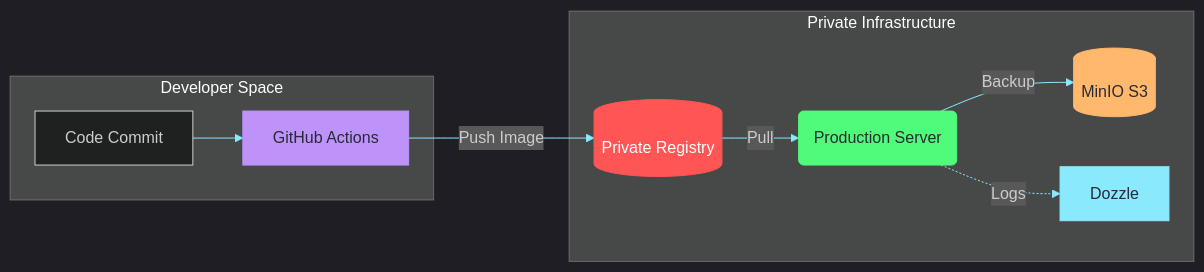
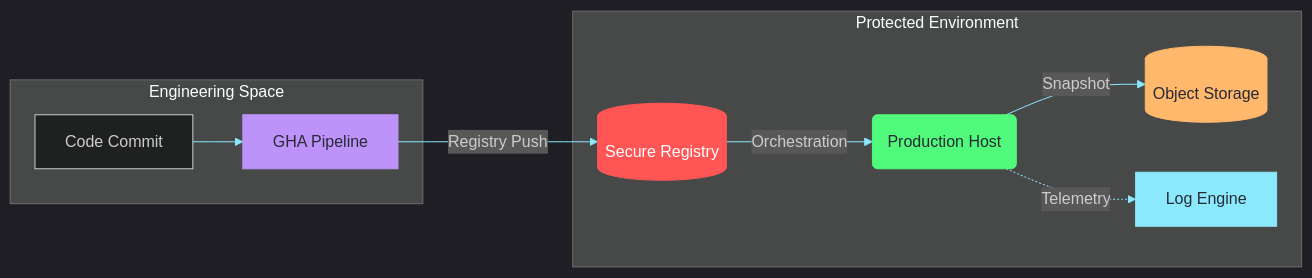
The second of 2 diagrams in slides.md (vinayaktyagi10/pbl_project), drawn with Mermaid before and after one commit. The commit also changed other lines of this file and 1 other file, not shown here.

````diff
--- a/slides.md
+++ b/slides.md
@@ -145,20 +145,20 @@
 ```mermaid
 %%{init: {'theme': 'dark', 'themeVariables': { 'primaryColor': '#bd93f9', 'lineColor': '#8be9fd', 'secondaryColor': '#50fa7b', 'tertiaryColor': '#ff79c6'}}}%%
 graph LR
-    subgraph Dev [Developer Space]
-    A[Code Commit] --> B[GitHub Actions]
+    subgraph Dev [Engineering Space]
+    A[Code Commit] --> B[GHA Pipeline]
     end
 
-    subgraph Infra [Private Infrastructure]
-    B -->|Push Image| C[(Private Registry)]
-    C -->|Pull| D(Production Server)
-    D -->|Backup| E[(MinIO S3)]
-    D -.->|Logs| F[Dozzle]
+    subgraph Infra [Protected Environment]
+    B -->|Registry Push| C[(Secure Registry)]
+    C -->|Orchestration| D(Production Host)
+    D -->|Snapshot| E[(Object Storage)]
+    D -.->|Telemetry| F[Log Engine]
     end
 
     style B fill:#bd93f9,color:#282a36,stroke:#bd93f9
     style C fill:#ff5555,color:#fff,stroke:#ff5555
     style D fill:#50fa7b,color:#282a36,stroke:#50fa7b
     style E fill:#ffb86c,color:#282a36,stroke:#ffb86c
     style F fill:#8be9fd,color:#282a36,stroke:#8be9fd
 ```
````
